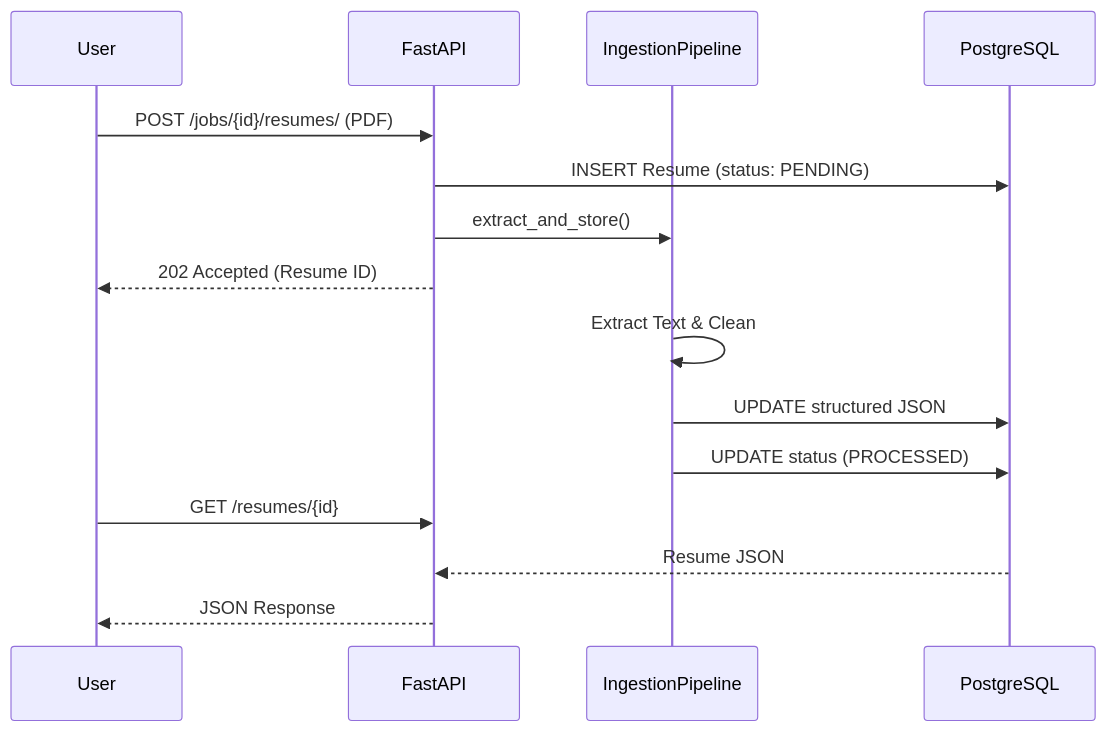
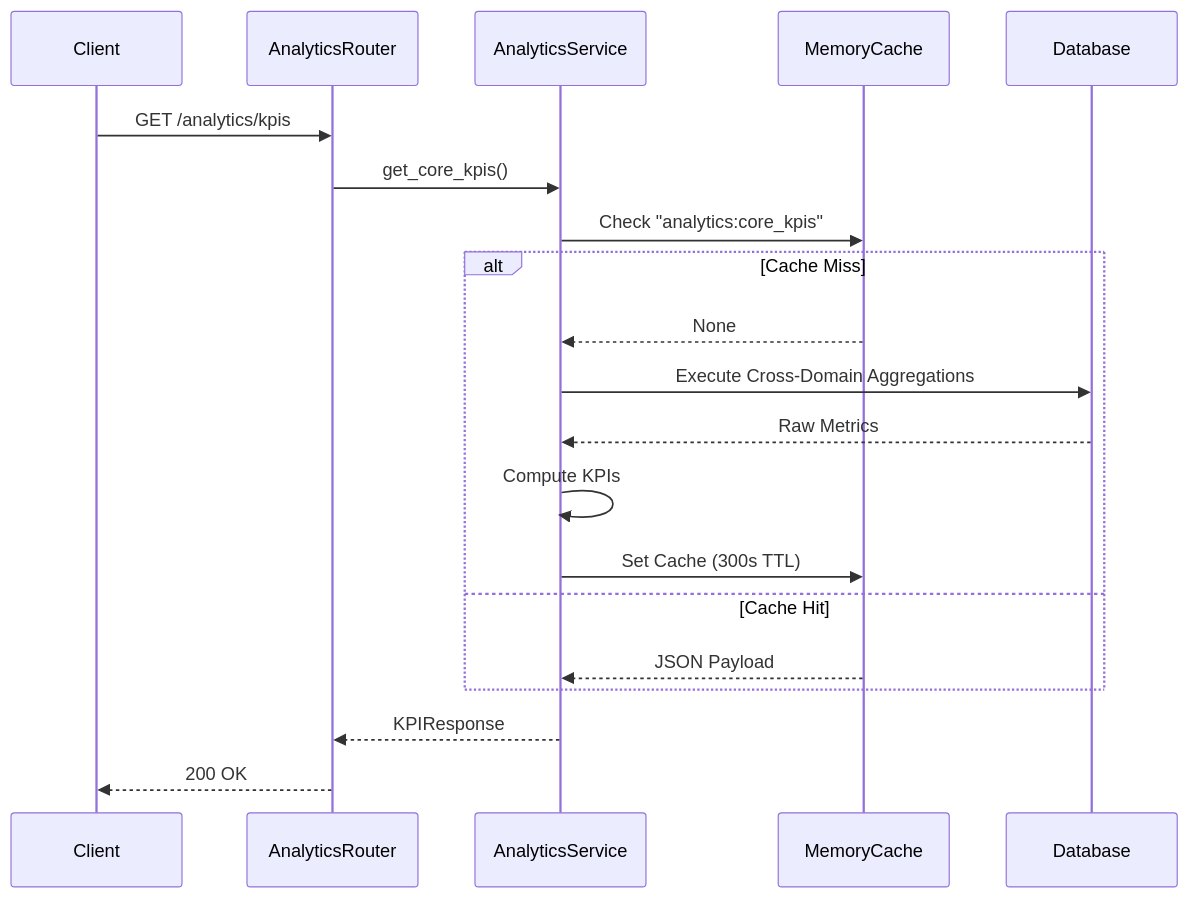
The fourth of 5 diagrams in docs/04_APP_FLOW.md (vanshbahl/resume-screener), drawn with Mermaid before and after one commit. The commit also changed other lines of this file and 5 other files, not shown here.

````diff
--- a/docs/04_APP_FLOW.md
+++ b/docs/04_APP_FLOW.md
@@ -73,20 +82,25 @@
 ```mermaid
 sequenceDiagram
-    participant User
-    participant FastAPI
-    participant IngestionPipeline
-    participant PostgreSQL
+    participant Client
+    participant AnalyticsRouter
+    participant AnalyticsService
+    participant MemoryCache
+    participant Database
 
-    User->>FastAPI: POST /jobs/{id}/resumes/ (PDF)
-    FastAPI->>PostgreSQL: INSERT Resume (status: PENDING)
-    FastAPI->>IngestionPipeline: extract_and_store()
-    FastAPI-->>User: 202 Accepted (Resume ID)
+    Client->>AnalyticsRouter: GET /analytics/kpis
+    AnalyticsRouter->>AnalyticsService: get_core_kpis()
+    AnalyticsService->>MemoryCache: Check "analytics:core_kpis"
     
-    IngestionPipeline->>IngestionPipeline: Extract Text & Clean
-    IngestionPipeline->>PostgreSQL: UPDATE structured JSON
-    IngestionPipeline->>PostgreSQL: UPDATE status (PROCESSED)
+    alt Cache Miss
+        MemoryCache-->>AnalyticsService: None
+        AnalyticsService->>Database: Execute Cross-Domain Aggregations
+        Database-->>AnalyticsService: Raw Metrics
+        AnalyticsService->>AnalyticsService: Compute KPIs
+        AnalyticsService->>MemoryCache: Set Cache (300s TTL)
+    else Cache Hit
+        MemoryCache-->>AnalyticsService: JSON Payload
+    end
     
-    User->>FastAPI: GET /resumes/{id}
-    PostgreSQL-->>FastAPI: Resume JSON
-    FastAPI-->>User: JSON Response
+    AnalyticsService-->>AnalyticsRouter: KPIResponse
+    AnalyticsRouter-->>Client: 200 OK
 ```
````
